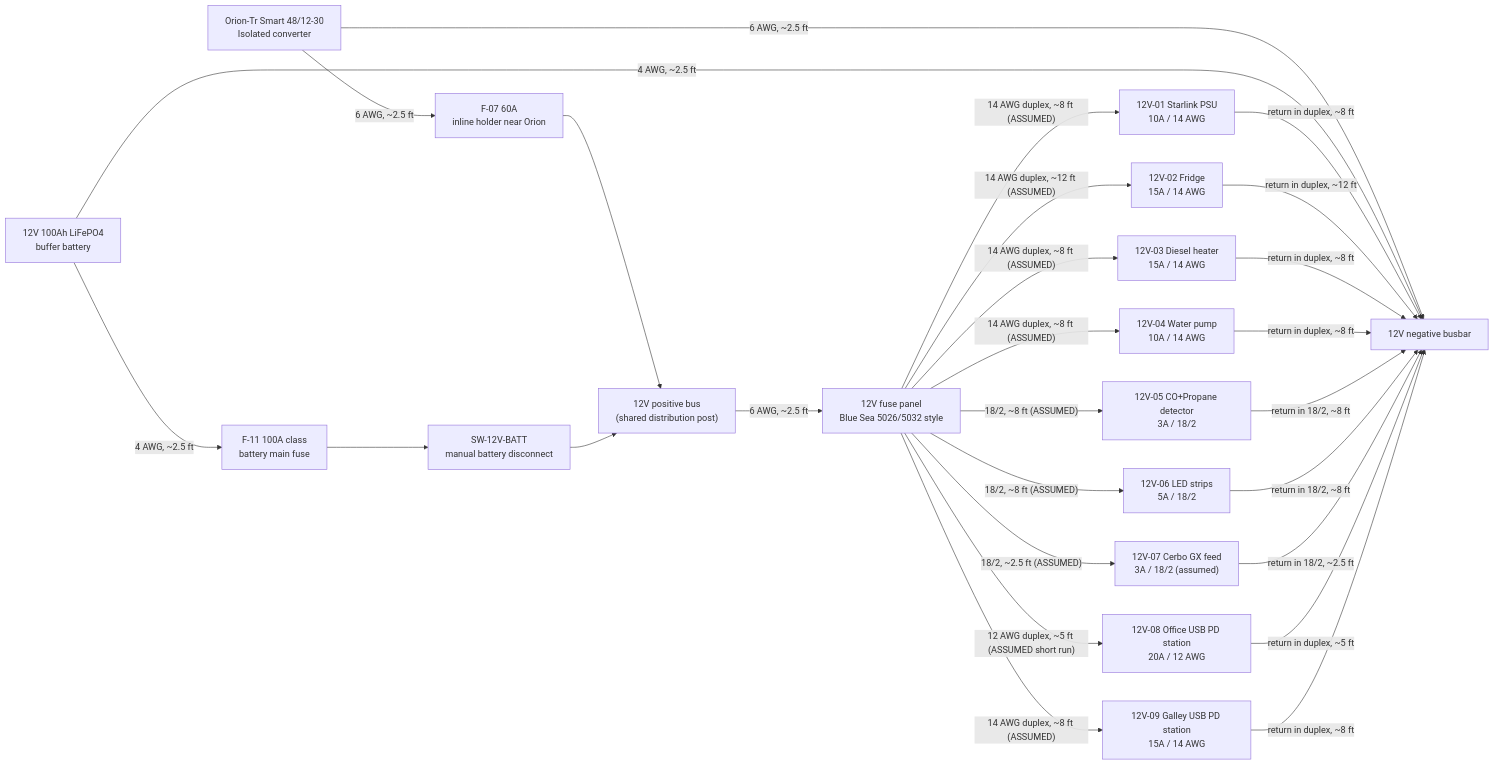
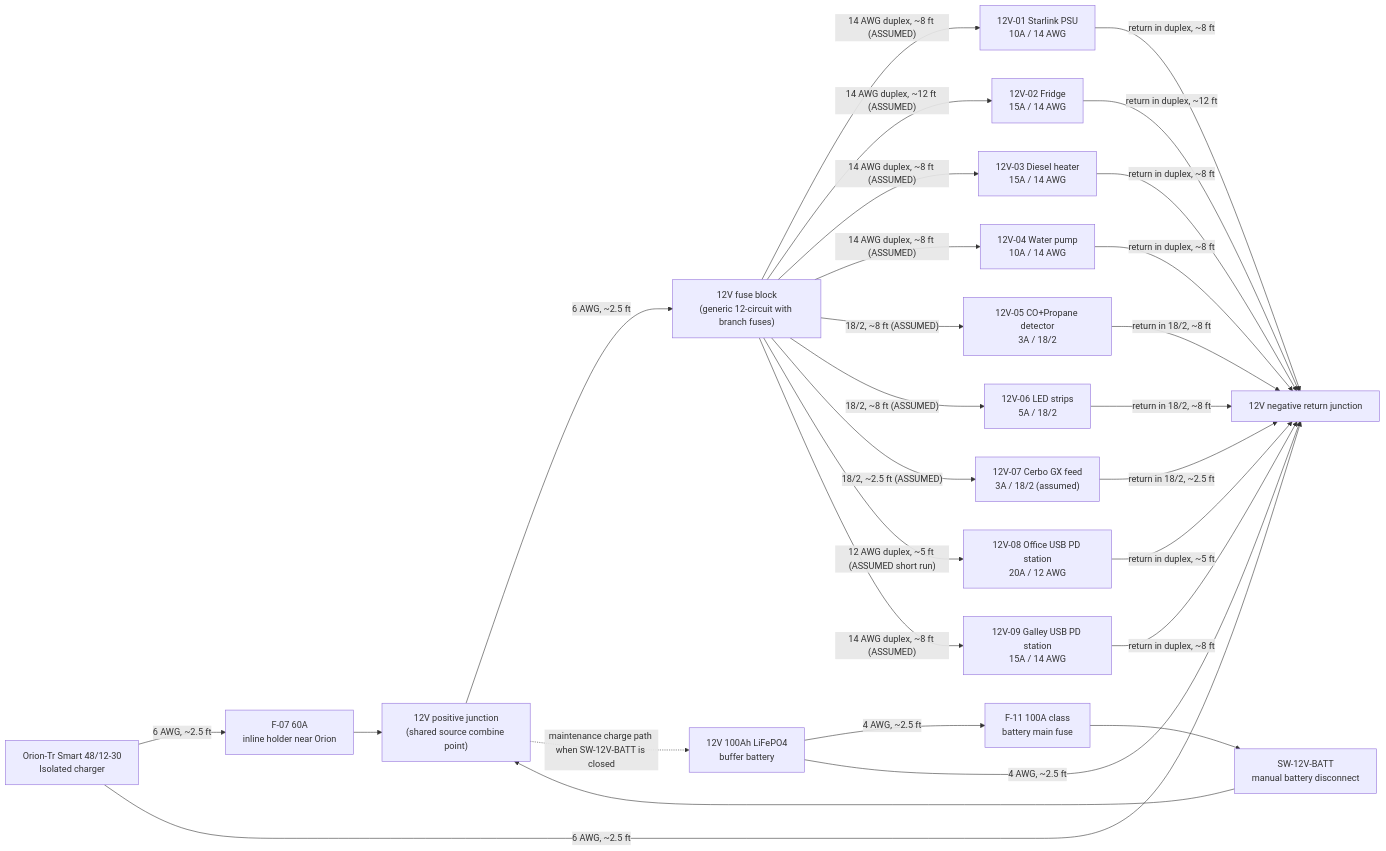
The diagram in docs/pdf_exports/assets/ELECTRICAL_overview_diagram/diagram-02.mmd (DataDaneDev/HiatusBuild), drawn with Mermaid before and after one commit. The commit also changed 9 other files, not shown here.

```diff
--- a/docs/pdf_exports/assets/ELECTRICAL_overview_diagram/diagram-02.mmd
+++ b/docs/pdf_exports/assets/ELECTRICAL_overview_diagram/diagram-02.mmd
@@ -1,45 +1,46 @@
 flowchart LR
-    ORION["Orion-Tr Smart 48/12-30\nIsolated converter"]
+    ORION["Orion-Tr Smart 48/12-30\nIsolated charger"]
     F07["F-07 60A\ninline holder near Orion"]
-    P12["12V positive bus\n(shared distribution post)"]
-    PANEL["12V fuse panel\nBlue Sea 5026/5032 style"]
-    N12["12V negative busbar"]
+    P12["12V positive junction\n(shared source combine point)"]
+    PANEL["12V fuse block\n(generic 12-circuit with branch fuses)"]
+    N12["12V negative return junction"]
     B12["12V 100Ah LiFePO4\nbuffer battery"]
     F11["F-11 100A class\nbattery main fuse"]
     SW12["SW-12V-BATT\nmanual battery disconnect"]
 
     STAR["12V-01 Starlink PSU\n10A / 14 AWG"]
     FRIDGE["12V-02 Fridge\n15A / 14 AWG"]
     HEATER["12V-03 Diesel heater\n15A / 14 AWG"]
     PUMP["12V-04 Water pump\n10A / 14 AWG"]
     DET["12V-05 CO+Propane detector\n3A / 18/2"]
     LED["12V-06 LED strips\n5A / 18/2"]
     CERBO_PWR["12V-07 Cerbo GX feed\n3A / 18/2 (assumed)"]
     USB_OFFICE["12V-08 Office USB PD station\n20A / 12 AWG"]
     USB_GALLEY["12V-09 Galley USB PD station\n15A / 14 AWG"]
 
     ORION -- "6 AWG, ~2.5 ft" --> F07 --> P12
     ORION -- "6 AWG, ~2.5 ft" --> N12
     B12 -- "4 AWG, ~2.5 ft" --> F11 --> SW12 --> P12
     B12 -- "4 AWG, ~2.5 ft" --> N12
     P12 -- "6 AWG, ~2.5 ft" --> PANEL
+    P12 -. "maintenance charge path when SW-12V-BATT is closed" .-> B12
 
     PANEL -- "14 AWG duplex, ~8 ft (ASSUMED)" --> STAR
     PANEL -- "14 AWG duplex, ~12 ft (ASSUMED)" --> FRIDGE
     PANEL -- "14 AWG duplex, ~8 ft (ASSUMED)" --> HEATER
     PANEL -- "14 AWG duplex, ~8 ft (ASSUMED)" --> PUMP
     PANEL -- "18/2, ~8 ft (ASSUMED)" --> DET
     PANEL -- "18/2, ~8 ft (ASSUMED)" --> LED
     PANEL -- "18/2, ~2.5 ft (ASSUMED)" --> CERBO_PWR
     PANEL -- "12 AWG duplex, ~5 ft (ASSUMED short run)" --> USB_OFFICE
     PANEL -- "14 AWG duplex, ~8 ft (ASSUMED)" --> USB_GALLEY
 
     STAR -- "return in duplex, ~8 ft" --> N12
     FRIDGE -- "return in duplex, ~12 ft" --> N12
     HEATER -- "return in duplex, ~8 ft" --> N12
     PUMP -- "return in duplex, ~8 ft" --> N12
     DET -- "return in 18/2, ~8 ft" --> N12
     LED -- "return in 18/2, ~8 ft" --> N12
     CERBO_PWR -- "return in 18/2, ~2.5 ft" --> N12
     USB_OFFICE -- "return in duplex, ~5 ft" --> N12
     USB_GALLEY -- "return in duplex, ~8 ft" --> N12
```
